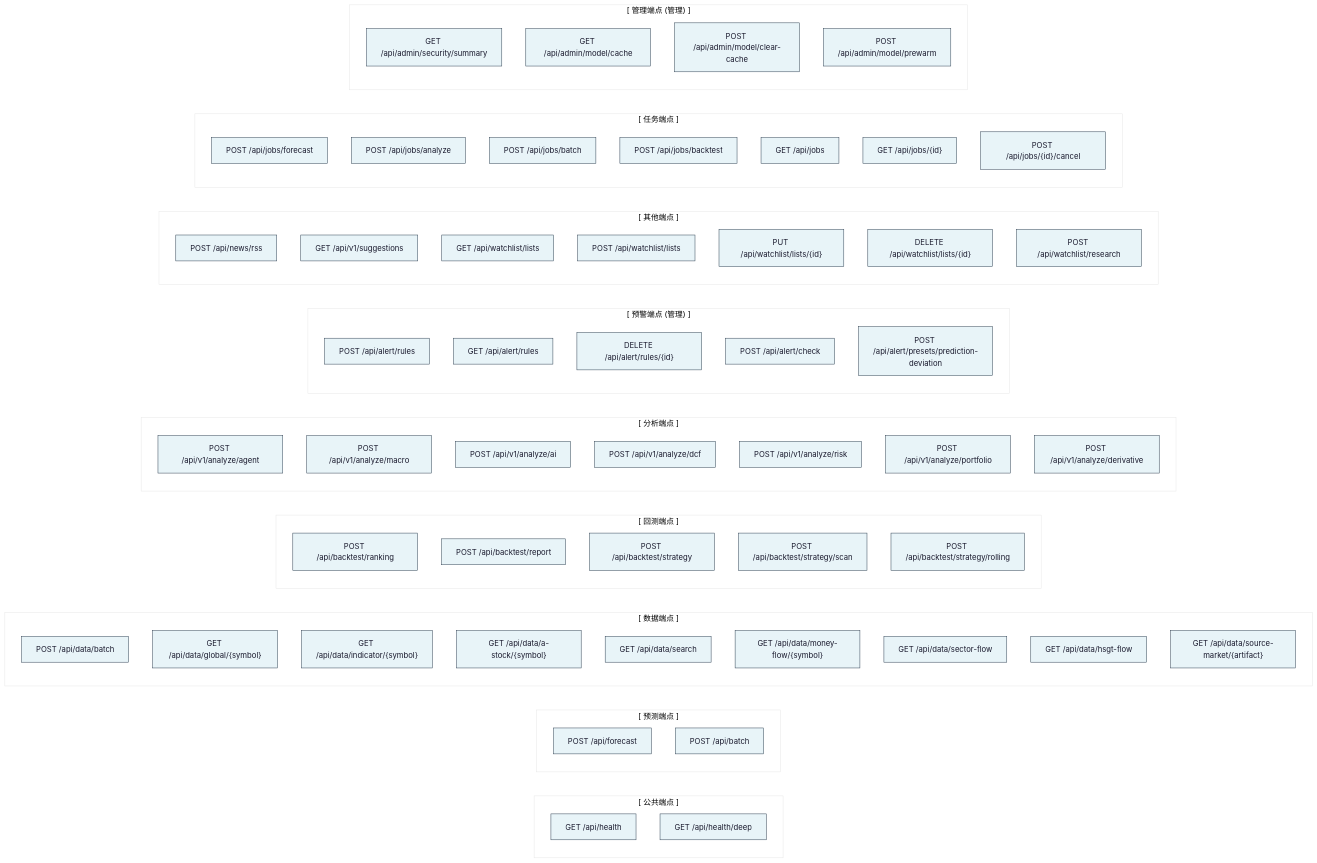
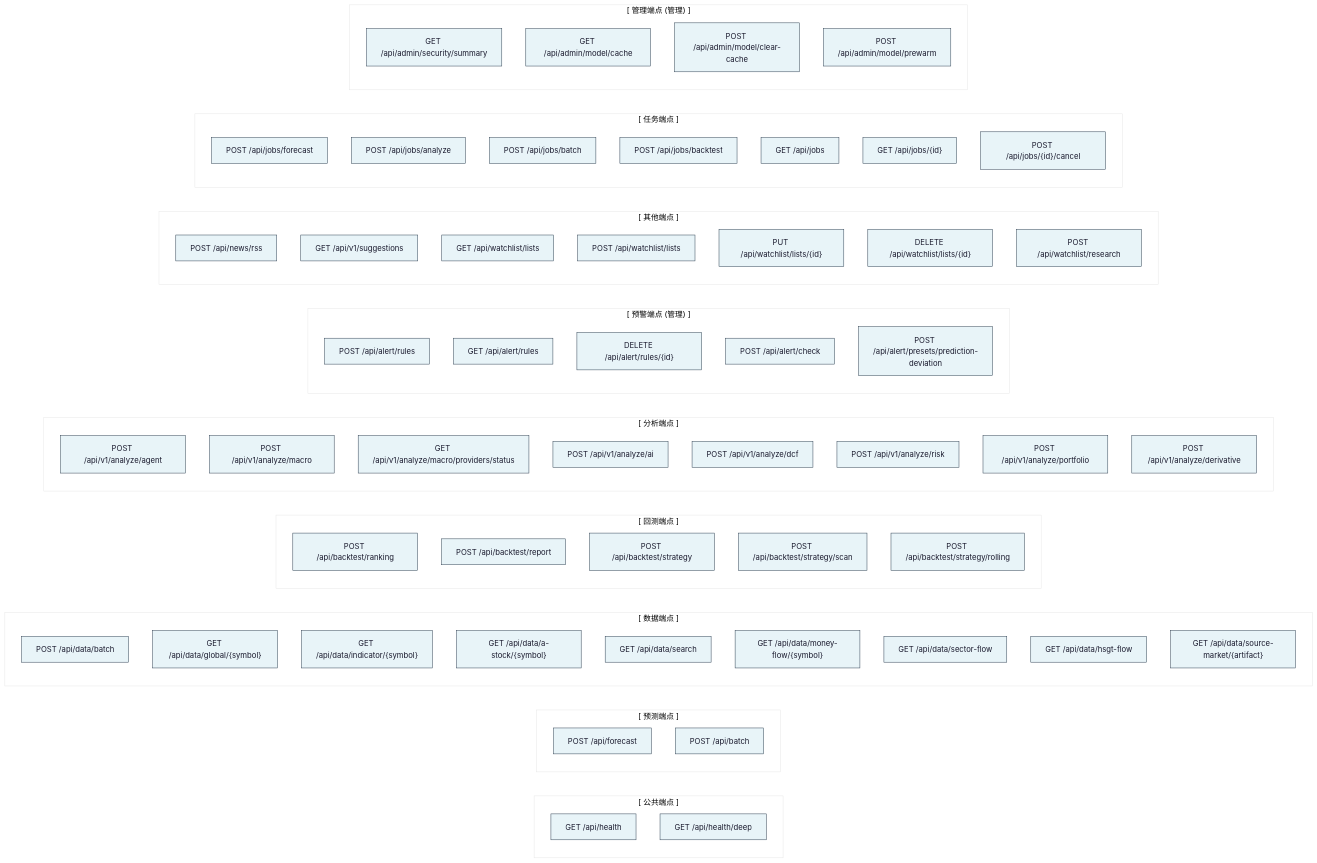
Before and after one commit to DDDFXYqiming/KronosFinceptLab: the first of 3 diagrams in docs/API.md, drawn with Mermaid. The commit also changed other lines of this file and 10 other files, not shown here.

````diff
--- a/docs/API.md
+++ b/docs/API.md
@@ -32,78 +32,79 @@
 ```mermaid
 %%{init: {'theme': 'base', 'themeVariables': { 'primaryColor': '#e8f4f8', 'primaryTextColor': '#1a1a2e', 'primaryBorderColor': '#2c3e50', 'lineColor': '#5d6d7e', 'secondaryColor': '#f0f3f4', 'tertiaryColor': '#ffffff', 'fontFamily': 'monospace'}}}%%
 graph LR
     subgraph public["[ 公共端点 ]"]
         Health["GET /api/health"]
         HealthDeep["GET /api/health/deep"]
     end
 
     subgraph forecast_api["[ 预测端点 ]"]
         Forecast["POST /api/forecast"]
         Batch["POST /api/batch"]
     end
 
     subgraph data_api["[ 数据端点 ]"]
         DataBatch["POST /api/data/batch"]
         DataGlobal["GET /api/data/global/{symbol}"]
         DataIndicator["GET /api/data/indicator/{symbol}"]
         DataAStock["GET /api/data/a-stock/{symbol}"]
         DataSearch["GET /api/data/search"]
         DataMoneyFlow["GET /api/data/money-flow/{symbol}"]
         DataSectorFlow["GET /api/data/sector-flow"]
         DataHsgtFlow["GET /api/data/hsgt-flow"]
         DataSourceMarket["GET /api/data/source-market/{artifact}"]
     end
 
     subgraph backtest_api["[ 回测端点 ]"]
         BacktestRanking["POST /api/backtest/ranking"]
         BacktestReport["POST /api/backtest/report"]
         BacktestStrategy["POST /api/backtest/strategy"]
         BacktestScan["POST /api/backtest/strategy/scan"]
         BacktestRolling["POST /api/backtest/strategy/rolling"]
     end
 
     subgraph analyze_api["[ 分析端点 ]"]
         AnalyzeAgent["POST /api/v1/analyze/agent"]
         AnalyzeMacro["POST /api/v1/analyze/macro"]
+        AnalyzeMacroStatus["GET /api/v1/analyze/macro/providers/status"]
         AnalyzeAI["POST /api/v1/analyze/ai"]
         AnalyzeDCF["POST /api/v1/analyze/dcf"]
         AnalyzeRisk["POST /api/v1/analyze/risk"]
         AnalyzePortfolio["POST /api/v1/analyze/portfolio"]
         AnalyzeDerivative["POST /api/v1/analyze/derivative"]
     end
 
     subgraph alert_api["[ 预警端点 (管理) ]"]
         AlertCreate["POST /api/alert/rules"]
         AlertList["GET /api/alert/rules"]
         AlertDelete["DELETE /api/alert/rules/{id}"]
         AlertCheck["POST /api/alert/check"]
         AlertPreset["POST /api/alert/presets/prediction-deviation"]
     end
 
     subgraph other_api["[ 其他端点 ]"]
         News["POST /api/news/rss"]
         Suggestions["GET /api/v1/suggestions"]
         WatchlistList["GET /api/watchlist/lists"]
         WatchlistCreate["POST /api/watchlist/lists"]
         WatchlistUpdate["PUT /api/watchlist/lists/{id}"]
         WatchlistDelete["DELETE /api/watchlist/lists/{id}"]
         WatchlistResearch["POST /api/watchlist/research"]
     end
 
     subgraph job_api["[ 任务端点 ]"]
         JobSubmitForecast["POST /api/jobs/forecast"]
         JobSubmitAnalyze["POST /api/jobs/analyze"]
         JobSubmitBatch["POST /api/jobs/batch"]
         JobSubmitBacktest["POST /api/jobs/backtest"]
         JobList["GET /api/jobs"]
         JobGet["GET /api/jobs/{id}"]
         JobCancel["POST /api/jobs/{id}/cancel"]
     end
 
     subgraph admin_api["[ 管理端点 (管理) ]"]
         AdminSecurity["GET /api/admin/security/summary"]
         AdminModelCache["GET /api/admin/model/cache"]
         AdminModelClear["POST /api/admin/model/clear-cache"]
         AdminModelPrewarm["POST /api/admin/model/prewarm"]
     end
 ```
````
